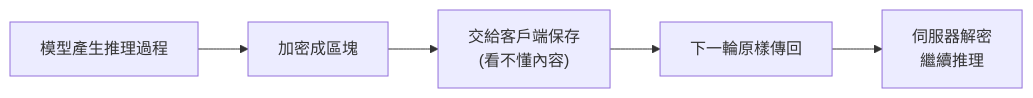
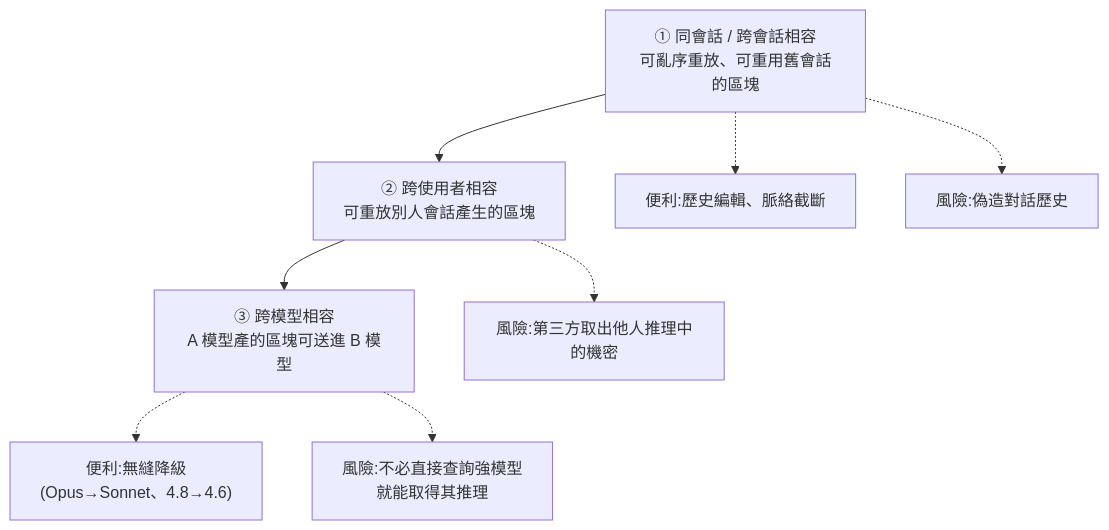
One commit to shooter2062424/Knowledge changed the diagram in technology/ai-safety/encrypted-reasoning-traces-portable-key-flaw.md. Above: the diagram before and after it, drawn with Mermaid. The commit also changed other lines of this file and 4 other files, not shown here.

````diff
--- a/technology/ai-safety/encrypted-reasoning-traces-portable-key-flaw.md
+++ b/technology/ai-safety/encrypted-reasoning-traces-portable-key-flaw.md
@@ -32,7 +62,10 @@
 ```mermaid
-flowchart LR
-    A["模型產生推理過程"] --> B["加密成區塊"]
-    B --> C["交給客戶端保存<br/>(看不懂內容)"]
-    C --> D["下一輪原樣傳回"]
-    D --> E["伺服器解密<br/>繼續推理"]
+flowchart TB
+    A["① 同會話 / 跨會話相容<br/>可亂序重放、可重用舊會話的區塊"] --> B["② 跨使用者相容<br/>可重放別人會話產生的區塊"]
+    B --> C["③ 跨模型相容<br/>A 模型產的區塊可送進 B 模型"]
+    A -.-> A1["便利:歷史編輯、脈絡截斷"]
+    A -.-> A2["風險:偽造對話歷史"]
+    B -.-> B1["風險:第三方取出他人推理中的機密"]
+    C -.-> C1["便利:無縫降級<br/>(Opus→Sonnet、4.8→4.6)"]
+    C -.-> C2["風險:不必直接查詢強模型<br/>就能取得其推理"]
 ```
````
